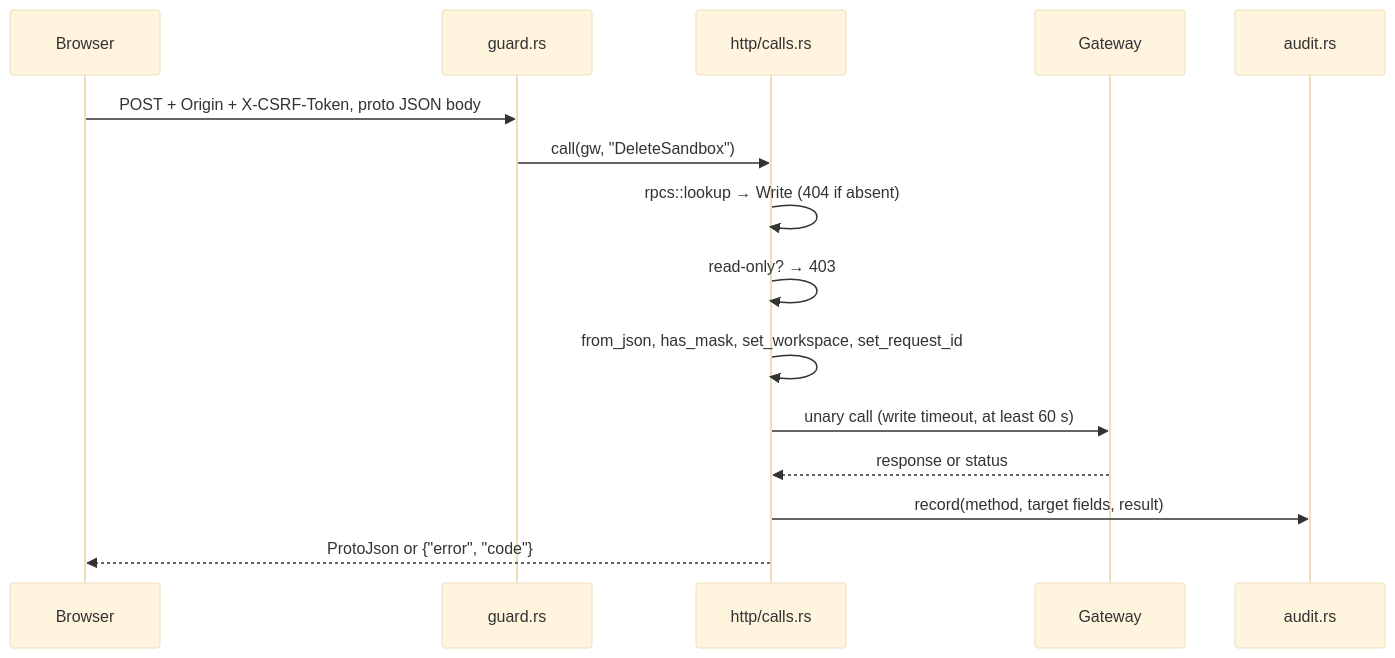
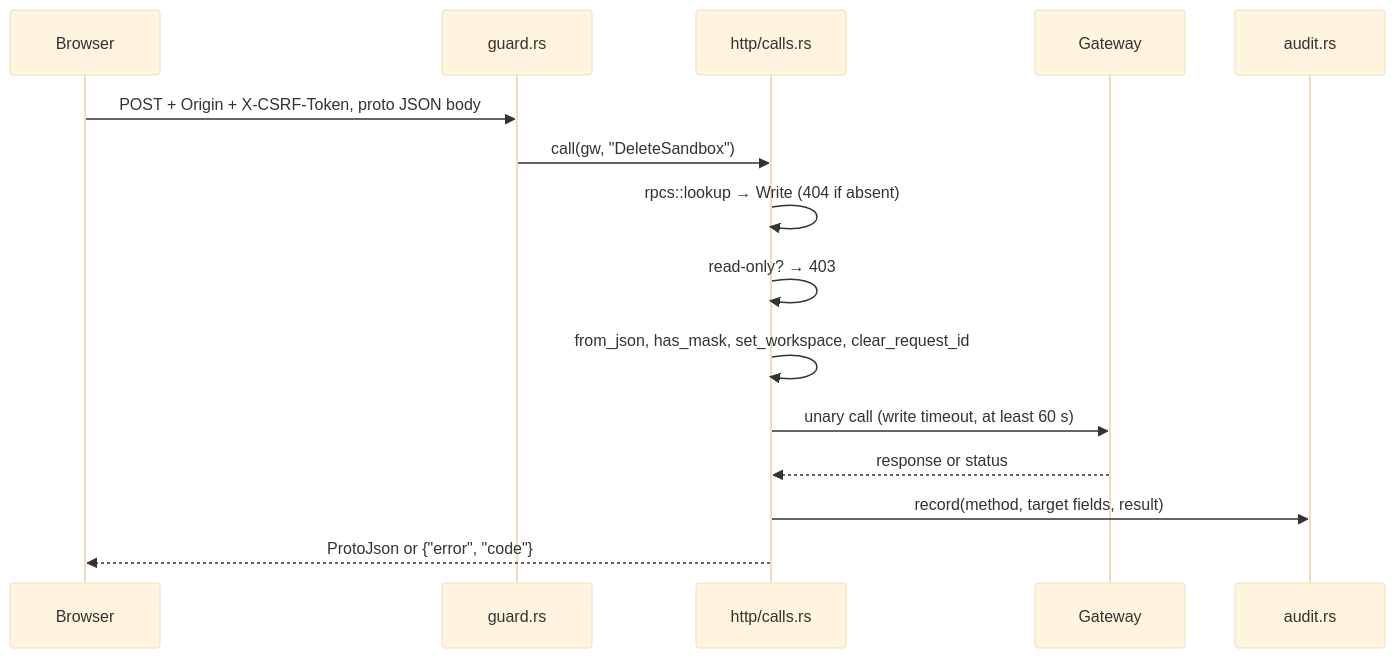
The third of 5 diagrams in docs/developer-guide/architecture.md (shaharia-lab/openshell-webui), drawn with Mermaid (base theme) before and after one commit. The commit also changed other lines of this file and 11 other files, not shown here.

````diff
--- a/docs/developer-guide/architecture.md
+++ b/docs/developer-guide/architecture.md
@@ -121,17 +121,17 @@
 ```mermaid
 sequenceDiagram
     participant B as Browser
     participant G as guard.rs
     participant C as http/calls.rs
     participant GW as Gateway
     participant A as audit.rs
     B->>G: POST + Origin + X-CSRF-Token, proto JSON body
     G->>C: call(gw, "DeleteSandbox")
     C->>C: rpcs::lookup → Write (404 if absent)
     C->>C: read-only? → 403
-    C->>C: from_json, has_mask, set_workspace, set_request_id
+    C->>C: from_json, has_mask, set_workspace, clear_request_id
     C->>GW: unary call (write timeout, at least 60 s)
     GW-->>C: response or status
     C->>A: record(method, target fields, result)
     C-->>B: ProtoJson or {"error", "code"}
 ```
````
